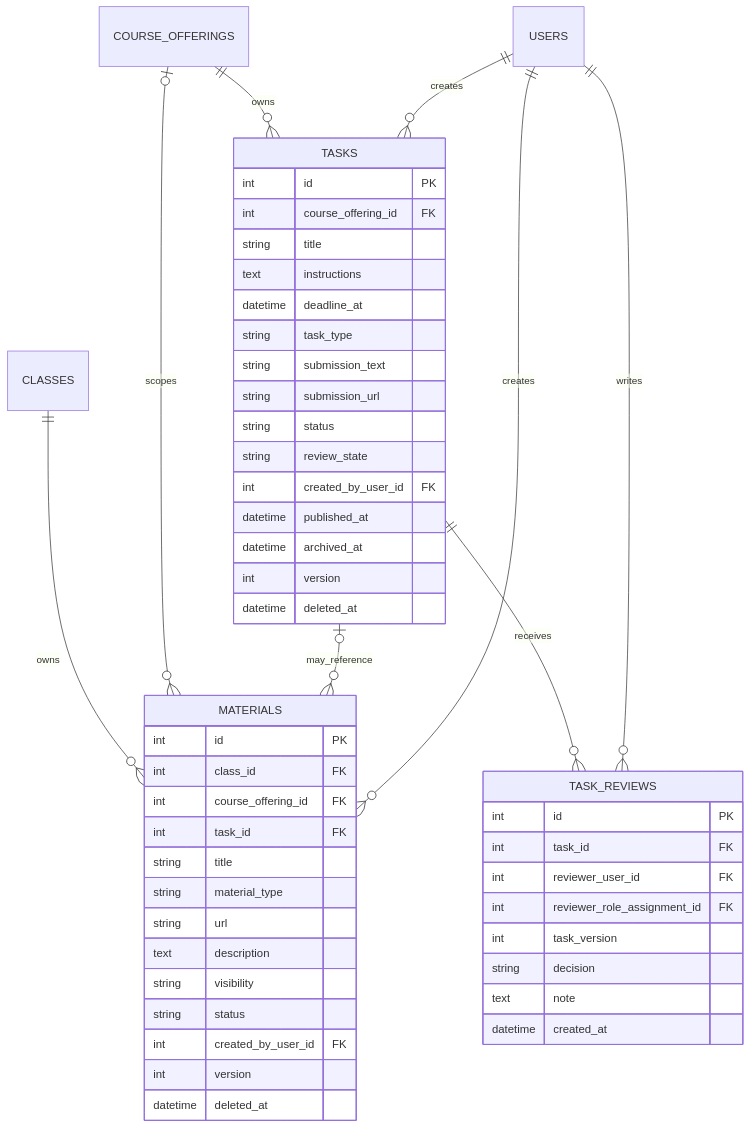
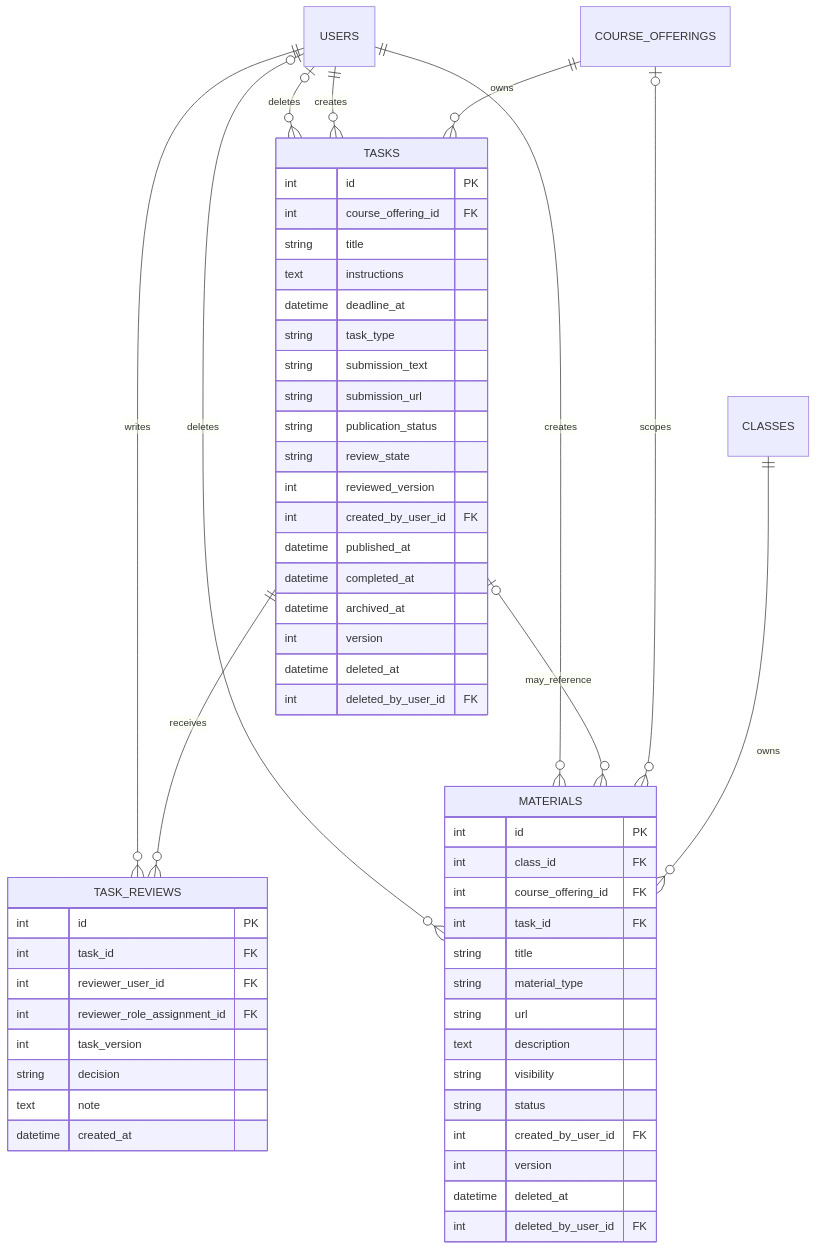
One commit to darvaaph/bot-wa-jadwal changed the fourth of 5 diagrams in docs/product/DATA_MODEL.md. Above: the diagram before and after it, drawn with Mermaid. The commit also changed other lines of this file and 8 other files, not shown here.

````diff
--- a/docs/product/DATA_MODEL.md
+++ b/docs/product/DATA_MODEL.md
@@ -366,54 +386,60 @@
 ```mermaid
 erDiagram
     COURSE_OFFERINGS ||--o{ TASKS : owns
     TASKS ||--o{ TASK_REVIEWS : receives
     USERS ||--o{ TASK_REVIEWS : writes
     CLASSES ||--o{ MATERIALS : owns
     COURSE_OFFERINGS o|--o{ MATERIALS : scopes
     TASKS o|--o{ MATERIALS : may_reference
     USERS ||--o{ TASKS : creates
+    USERS o|--o{ TASKS : deletes
     USERS ||--o{ MATERIALS : creates
+    USERS o|--o{ MATERIALS : deletes
 
     TASKS {
         int id PK
         int course_offering_id FK
         string title
         text instructions
         datetime deadline_at
         string task_type
         string submission_text
         string submission_url
-        string status
+        string publication_status
         string review_state
+        int reviewed_version
         int created_by_user_id FK
         datetime published_at
+        datetime completed_at
         datetime archived_at
         int version
         datetime deleted_at
+        int deleted_by_user_id FK
     }
     TASK_REVIEWS {
         int id PK
         int task_id FK
         int reviewer_user_id FK
         int reviewer_role_assignment_id FK
         int task_version
         string decision
         text note
         datetime created_at
     }
     MATERIALS {
         int id PK
         int class_id FK
         int course_offering_id FK
         int task_id FK
         string title
         string material_type
         string url
         text description
         string visibility
         string status
         int created_by_user_id FK
         int version
         datetime deleted_at
+        int deleted_by_user_id FK
     }
 ```
````
